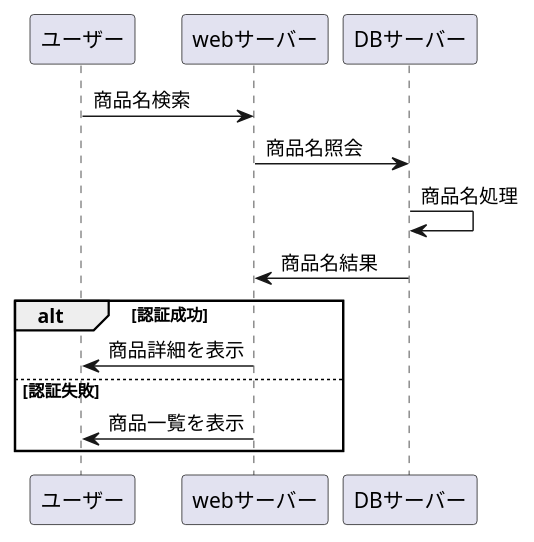
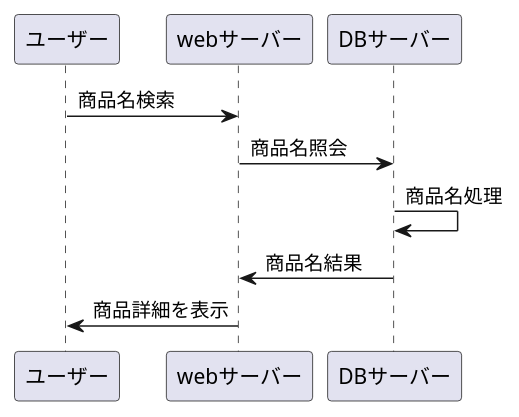
The diagram in syouhinnitirann.md (Aso2001403/2021sys-design), drawn with PlantUML before and after one commit.

````diff
--- a/syouhinnitirann.md
+++ b/syouhinnitirann.md
@@ -1,17 +1,11 @@
 ```uml
 @startuml
 
 
 ユーザー -> webサーバー : 商品名検索
 webサーバー -> DBサーバー : 商品名照会
 DBサーバー -> DBサーバー : 商品名処理
 DBサーバー -> webサーバー : 商品名結果
-
-alt 認証成功
 webサーバー -> ユーザー : 商品詳細を表示
-else 認証失敗
-webサーバー -> ユーザー : 商品一覧を表示
-end
-
 @enduml
 ```
````
